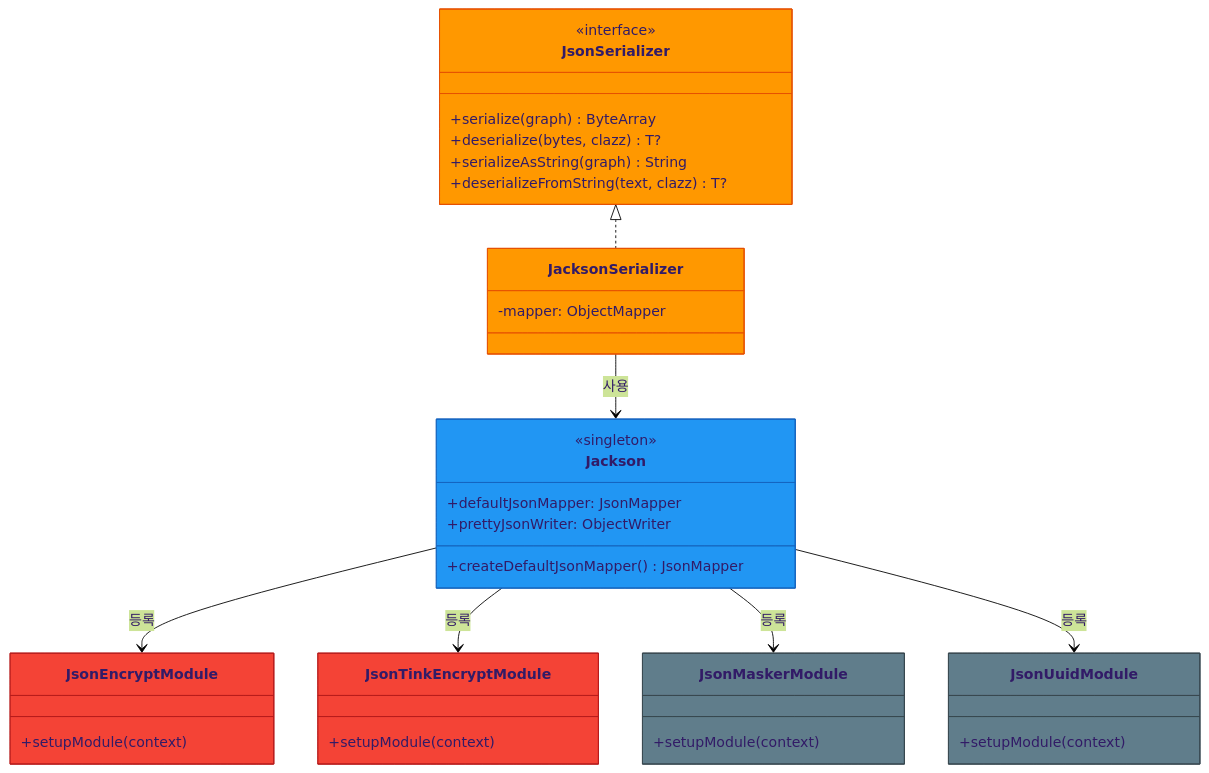
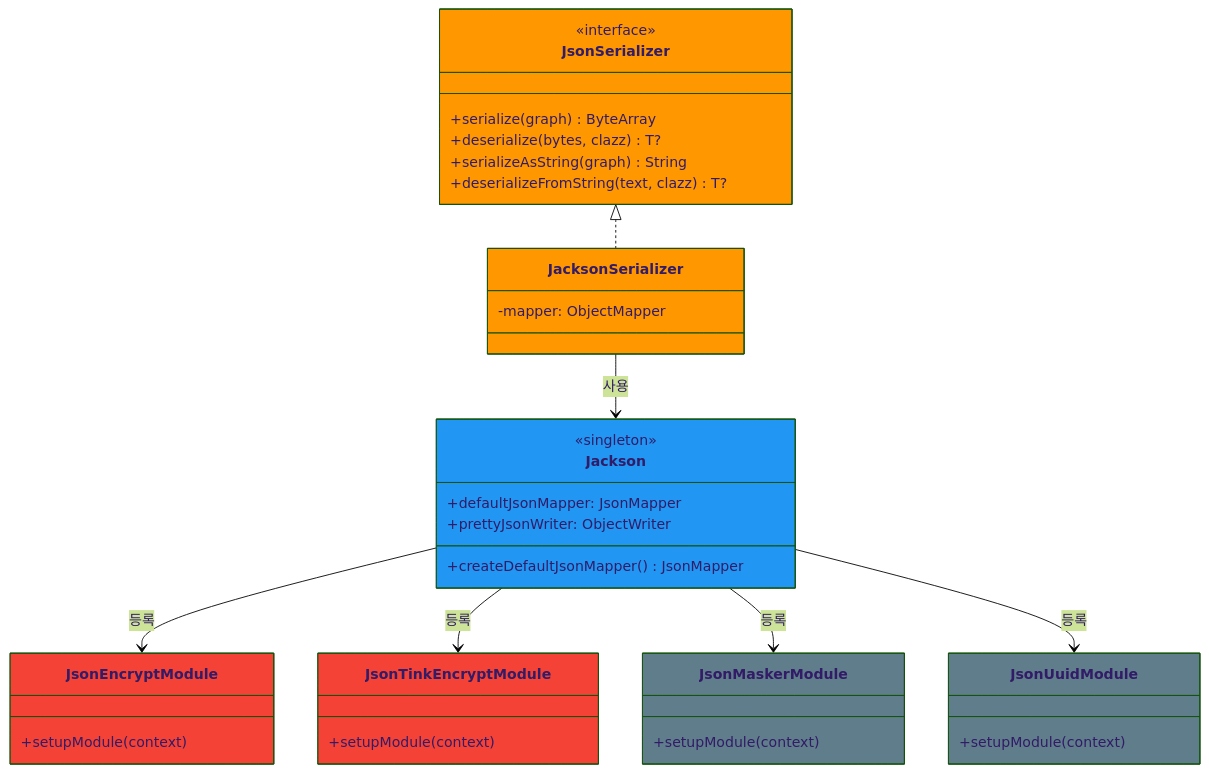
One commit to bluetape4k/bluetape4k-projects changed the second of 3 diagrams in io/jackson3/README.md. Above: the diagram before and after it, drawn with Mermaid (forest theme). The commit also changed 94 other files, not shown here.

First line of the commit message:
docs: Mermaid classDef에서 stroke:#색상 제거 (파서 오류 수정)

````diff
--- a/io/jackson3/README.md
+++ b/io/jackson3/README.md
@@ -315,50 +315,50 @@
 ```mermaid
 classDiagram
     class JsonSerializer:::serializerStyle {
         <<interface>>
         +serialize(graph) ByteArray
         +deserialize(bytes, clazz) T?
         +serializeAsString(graph) String
         +deserializeFromString(text, clazz) T?
     }
 
     class JacksonSerializer:::serializerStyle {
         -mapper: ObjectMapper
     }
 
     class Jackson:::codecStyle {
         <<singleton>>
         +defaultJsonMapper: JsonMapper
         +prettyJsonWriter: ObjectWriter
         +createDefaultJsonMapper() JsonMapper
     }
 
     class JsonEncryptModule:::encryptStyle {
         +setupModule(context)
     }
 
     class JsonTinkEncryptModule:::encryptStyle {
         +setupModule(context)
     }
 
     class JsonMaskerModule:::ioStyle {
         +setupModule(context)
     }
 
     class JsonUuidModule:::ioStyle {
         +setupModule(context)
     }
 
     JsonSerializer <|.. JacksonSerializer
     JacksonSerializer --> Jackson : 사용
     Jackson --> JsonEncryptModule : 등록
     Jackson --> JsonTinkEncryptModule : 등록
     Jackson --> JsonMaskerModule : 등록
     Jackson --> JsonUuidModule : 등록
 
-    classDef serializerStyle fill:#FF9800,stroke:#E65100
-    classDef encryptStyle fill:#F44336,stroke:#B71C1C
-    classDef ioStyle fill:#607D8B,stroke:#37474F
-    classDef codecStyle fill:#2196F3,stroke:#1565C0
-    classDef extensionStyle fill:#4CAF50,stroke:#388E3C
+    classDef serializerStyle fill:#FF9800
+    classDef encryptStyle fill:#F44336
+    classDef ioStyle fill:#607D8B
+    classDef codecStyle fill:#2196F3
+    classDef extensionStyle fill:#4CAF50
 ```
````
